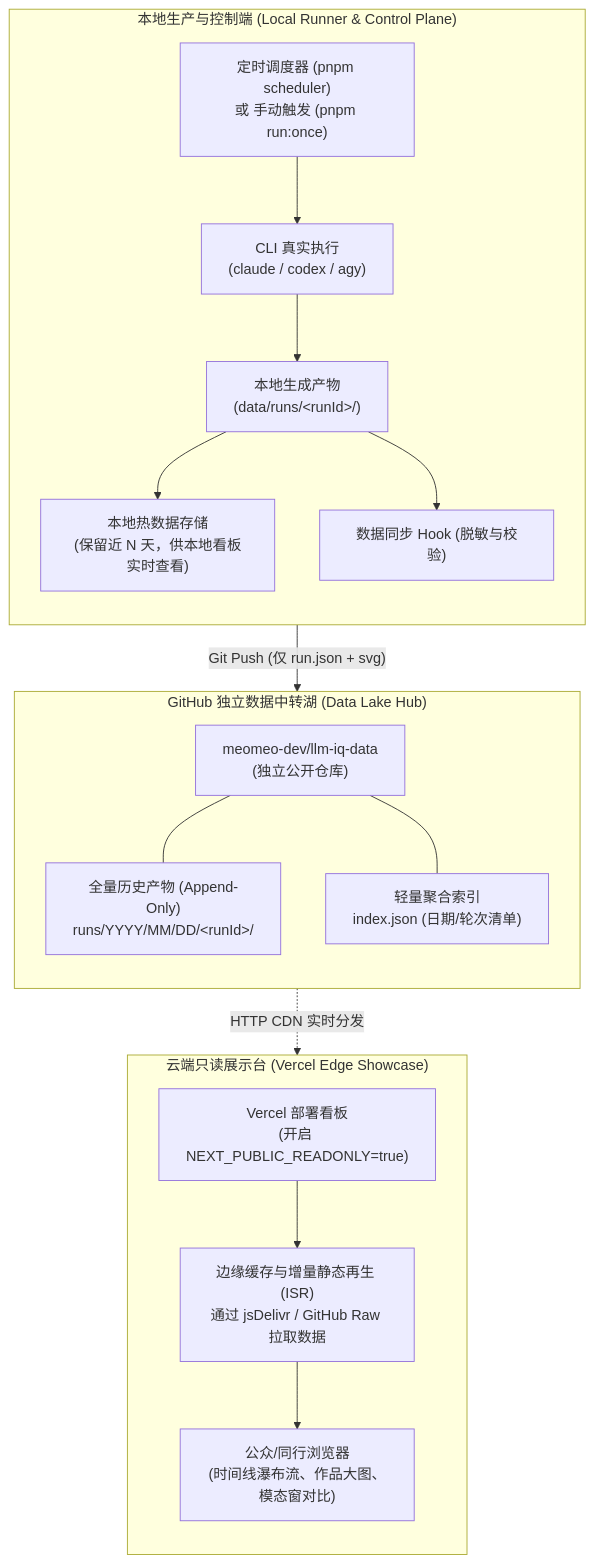
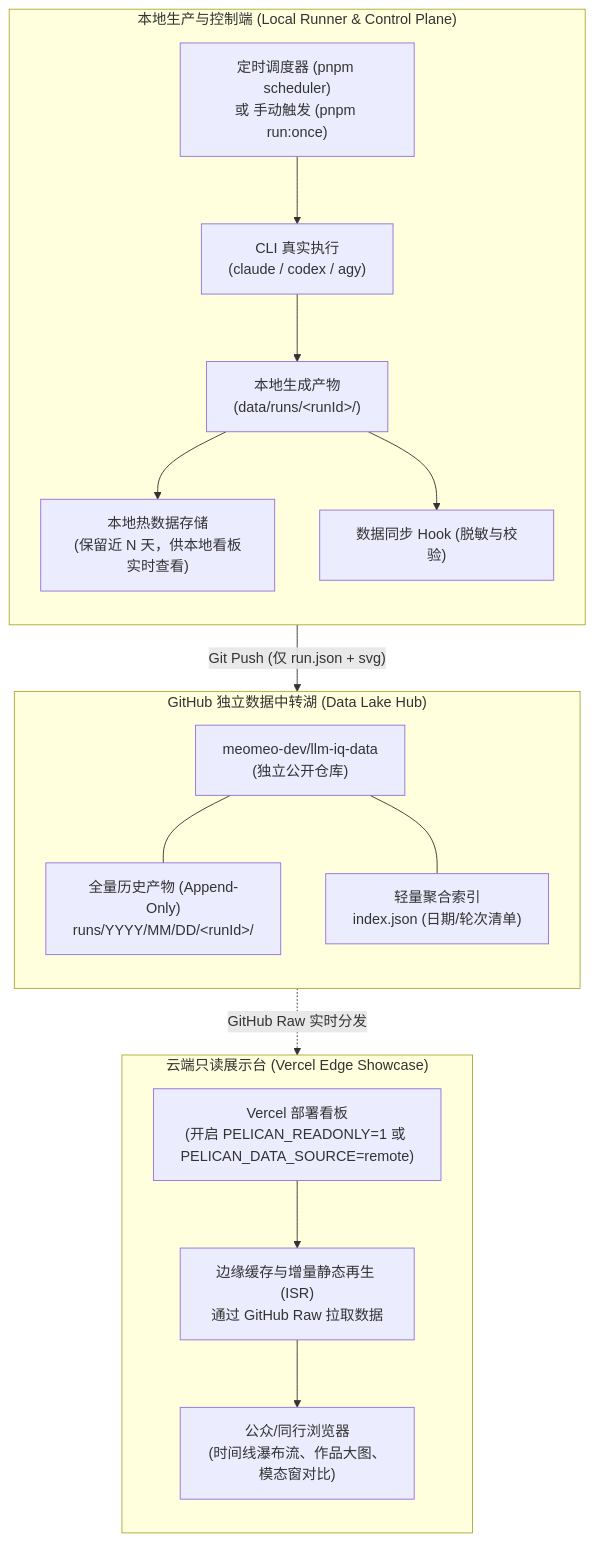
One commit to meomeo-dev/llm-iq-dashboard changed the first of 2 diagrams in docs/data-sync-architecture.md. Above: the diagram before and after it, drawn with Mermaid. The commit also changed other lines of this file and 14 other files, not shown here.

````diff
--- a/docs/data-sync-architecture.md
+++ b/docs/data-sync-architecture.md
@@ -31,30 +31,30 @@
 ```mermaid
 flowchart TB
     subgraph 本地生产端 ["本地生产与控制端 (Local Runner & Control Plane)"]
         direction TB
         A1["定时调度器 (pnpm scheduler)<br/>或 手动触发 (pnpm run:once)"] --> A2["CLI 真实执行<br/>(claude / codex / agy)"]
         A2 --> A3["本地生成产物<br/>(data/runs/&lt;runId&gt;/)"]
         A3 --> A4["本地热数据存储<br/>(保留近 N 天，供本地看板实时查看)"]
         A3 --> A5["数据同步 Hook (脱敏与校验)"]
     end
 
     subgraph GitHub数据湖 ["GitHub 独立数据中转湖 (Data Lake Hub)"]
         direction TB
         B1["meomeo-dev/llm-iq-data<br/>(独立公开仓库)"]
         B2["全量历史产物 (Append-Only)<br/>runs/YYYY/MM/DD/&lt;runId&gt;/"]
         B3["轻量聚合索引<br/>index.json (日期/轮次清单)"]
         B1 --- B2
         B1 --- B3
     end
 
     subgraph 云端展示台 ["云端只读展示台 (Vercel Edge Showcase)"]
         direction TB
-        C1["Vercel 部署看板<br/>(开启 NEXT_PUBLIC_READONLY=true)"]
-        C2["边缘缓存与增量静态再生 (ISR)<br/>通过 jsDelivr / GitHub Raw 拉取数据"]
+        C1["Vercel 部署看板<br/>(开启 PELICAN_READONLY=1 或 PELICAN_DATA_SOURCE=remote)"]
+        C2["边缘缓存与增量静态再生 (ISR)<br/>通过 GitHub Raw 拉取数据"]
         C3["公众/同行浏览器<br/>(时间线瀑布流、作品大图、模态窗对比)"]
         C1 --> C2 --> C3
     end
 
     A5 -->|"Git Push (仅 run.json + svg)"| B1
-    B1 -.->|"HTTP CDN 实时分发"| C1
+    B1 -.->|"GitHub Raw 实时分发"| C1
 ```
````
